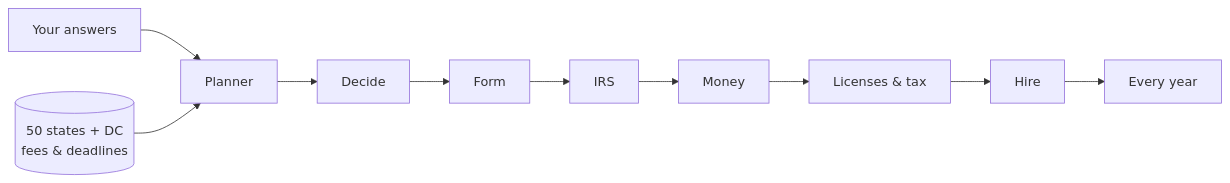
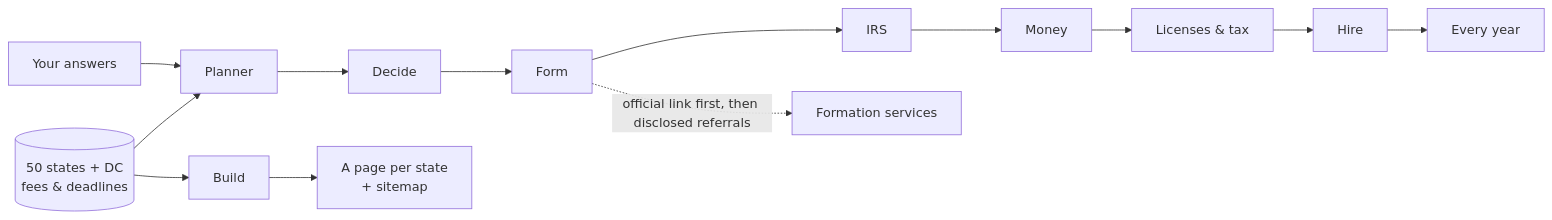
One commit to amalmehta/StartACompany changed the diagram in README.md. Above: the diagram before and after it, drawn with Mermaid. The commit also changed other lines of this file and 82 other files, not shown here.

````diff
--- a/README.md
+++ b/README.md
@@ -13,6 +13,8 @@
 ```mermaid
 flowchart LR
     A[Your answers] --> B[Planner]
     S[(50 states + DC<br/>fees & deadlines)] --> B
     B --> C[Decide] --> D[Form] --> E[IRS] --> F[Money] --> G[Licenses & tax] --> H[Hire] --> I[Every year]
+    S --> P[Build] --> SP[A page per state<br/>+ sitemap]
+    D -.->|official link first, then disclosed referrals| R[Formation services]
 ```
````
